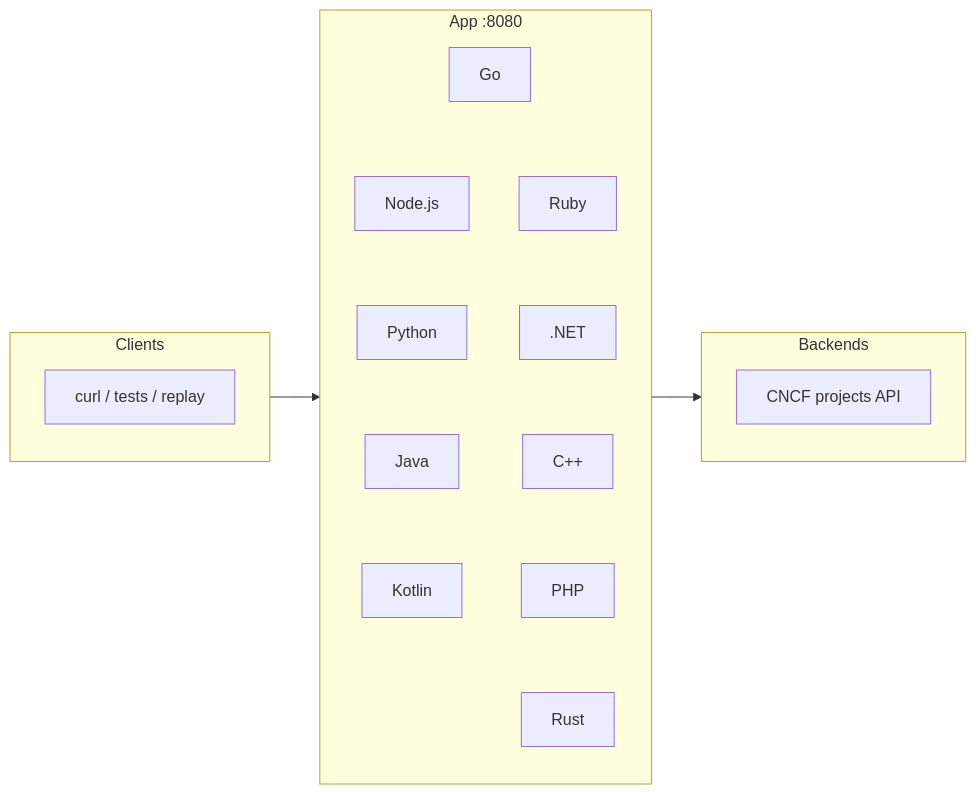
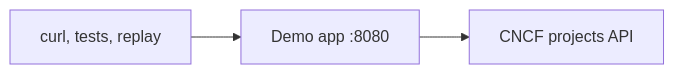
Before and after one commit to speedscale/mock-lab: the diagram in README.md, drawn with Mermaid. The commit also changed other lines of this file and 10 other files, not shown here.

````diff
--- a/README.md
+++ b/README.md
@@ -12,19 +12,4 @@
 ```mermaid
 flowchart LR
-    subgraph clients["Clients"]
-        c["curl / tests / replay"]
-    end
-
-    subgraph app["App :8080"]
-        direction TB
-        go[Go] ~~~ node["Node.js"] ~~~ python[Python] ~~~ java[Java] ~~~ kotlin[Kotlin]
-        ruby[Ruby] ~~~ dotnet[".NET"] ~~~ cpp["C++"] ~~~ php[PHP] ~~~ rust[Rust]
-        go ~~~ ruby
-    end
-
-    subgraph backends["Backends"]
-        api["CNCF projects API"]
-    end
-
-    clients --> app --> backends
+    clients["curl, tests, replay"] --> app["Demo app :8080"] --> api["CNCF projects API"]
 ```
````
